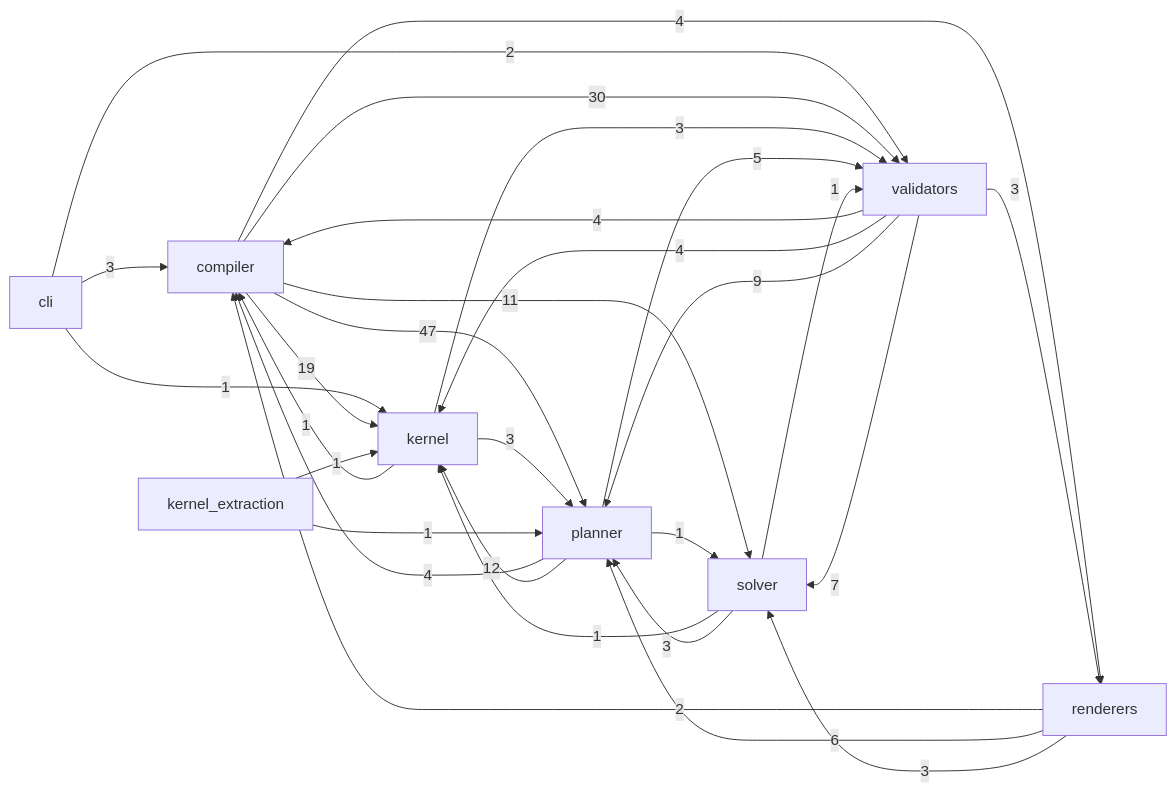
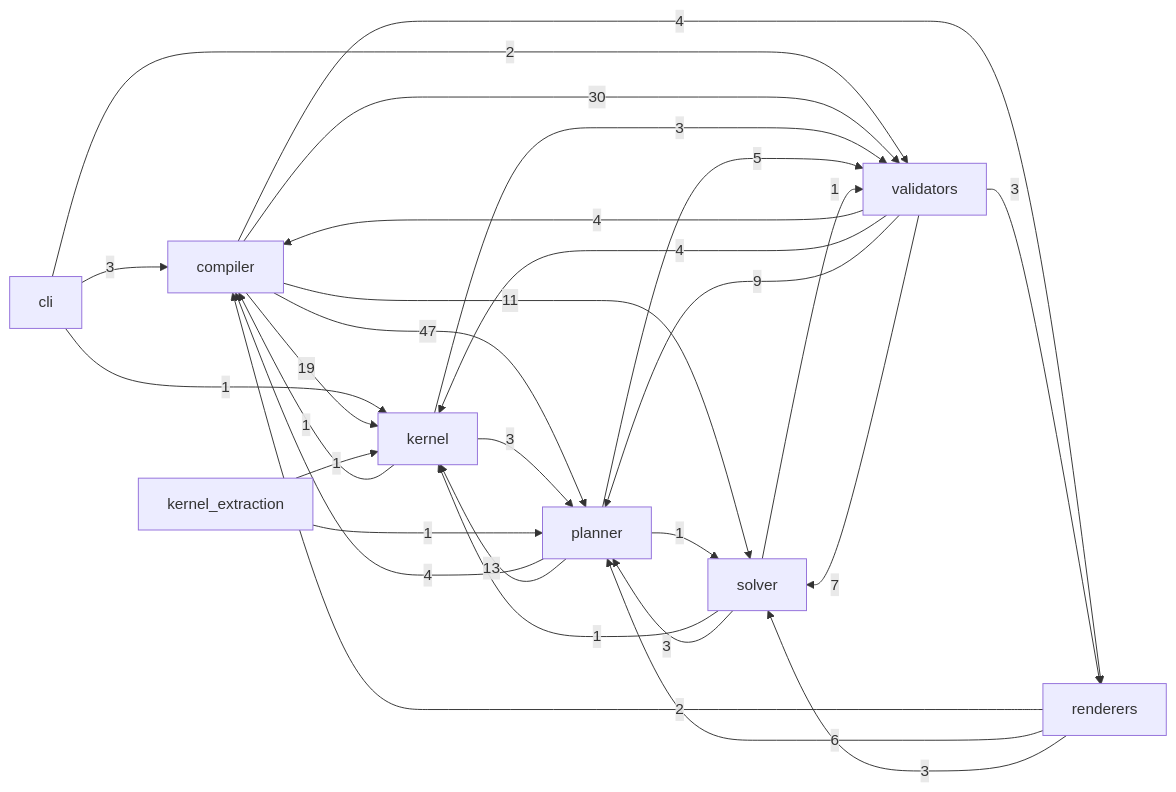
One commit to Kingsley-Cyber/cinematic-compiler-core changed the diagram in docs/reference/code.md. Above: the diagram before and after it, drawn with Mermaid. The commit also changed other lines of this file and 57 other files, not shown here.

````diff
--- a/docs/reference/code.md
+++ b/docs/reference/code.md
@@ -15,31 +15,31 @@
 ```mermaid
 flowchart LR
   cli -->|3| compiler
   cli -->|1| kernel
   cli -->|2| validators
   compiler -->|19| kernel
   compiler -->|47| planner
   compiler -->|4| renderers
   compiler -->|11| solver
   compiler -->|30| validators
   kernel -->|1| compiler
   kernel -->|3| planner
   kernel -->|3| validators
   kernel_extraction -->|1| kernel
   kernel_extraction -->|1| planner
   planner -->|4| compiler
-  planner -->|12| kernel
+  planner -->|13| kernel
   planner -->|1| solver
   planner -->|5| validators
   renderers -->|2| compiler
   renderers -->|6| planner
   renderers -->|3| solver
   solver -->|1| kernel
   solver -->|3| planner
   solver -->|1| validators
   validators -->|4| compiler
   validators -->|4| kernel
   validators -->|9| planner
   validators -->|3| renderers
   validators -->|7| solver
 ```
````
